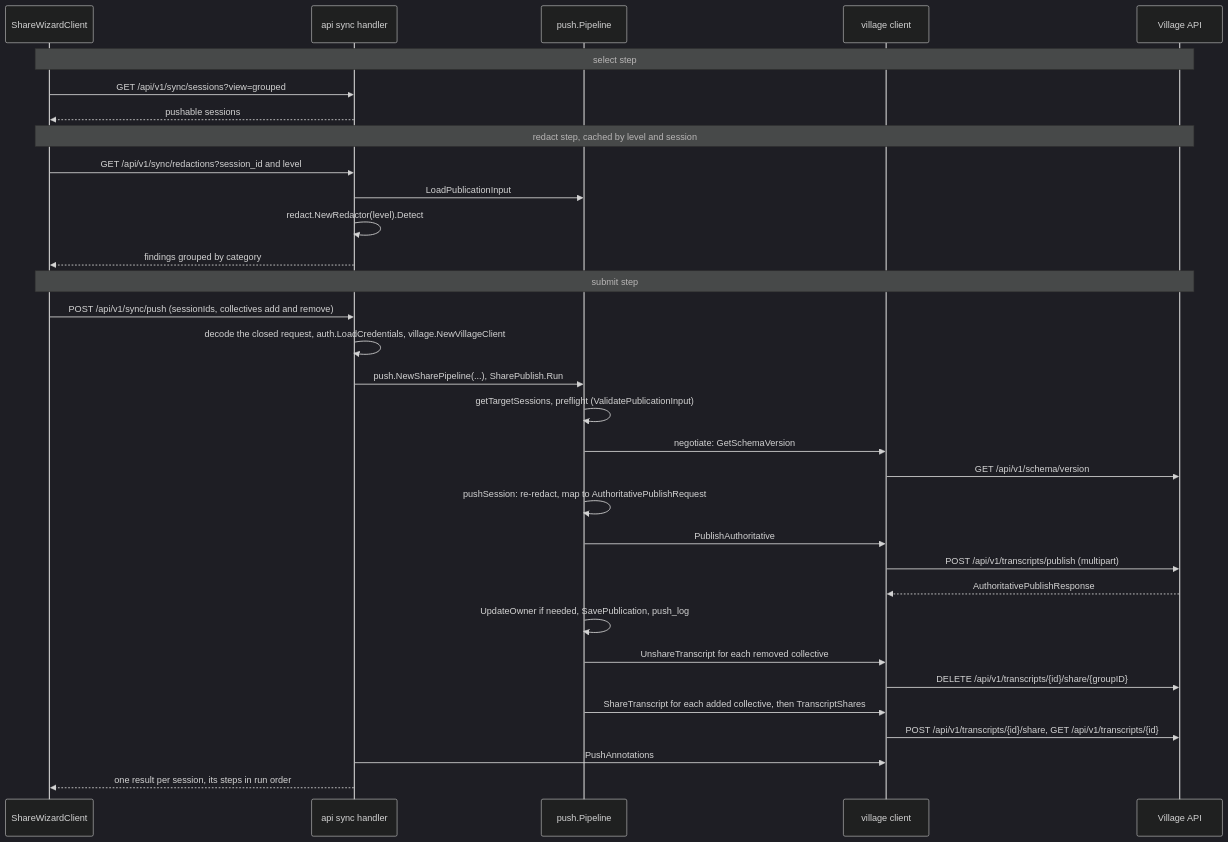
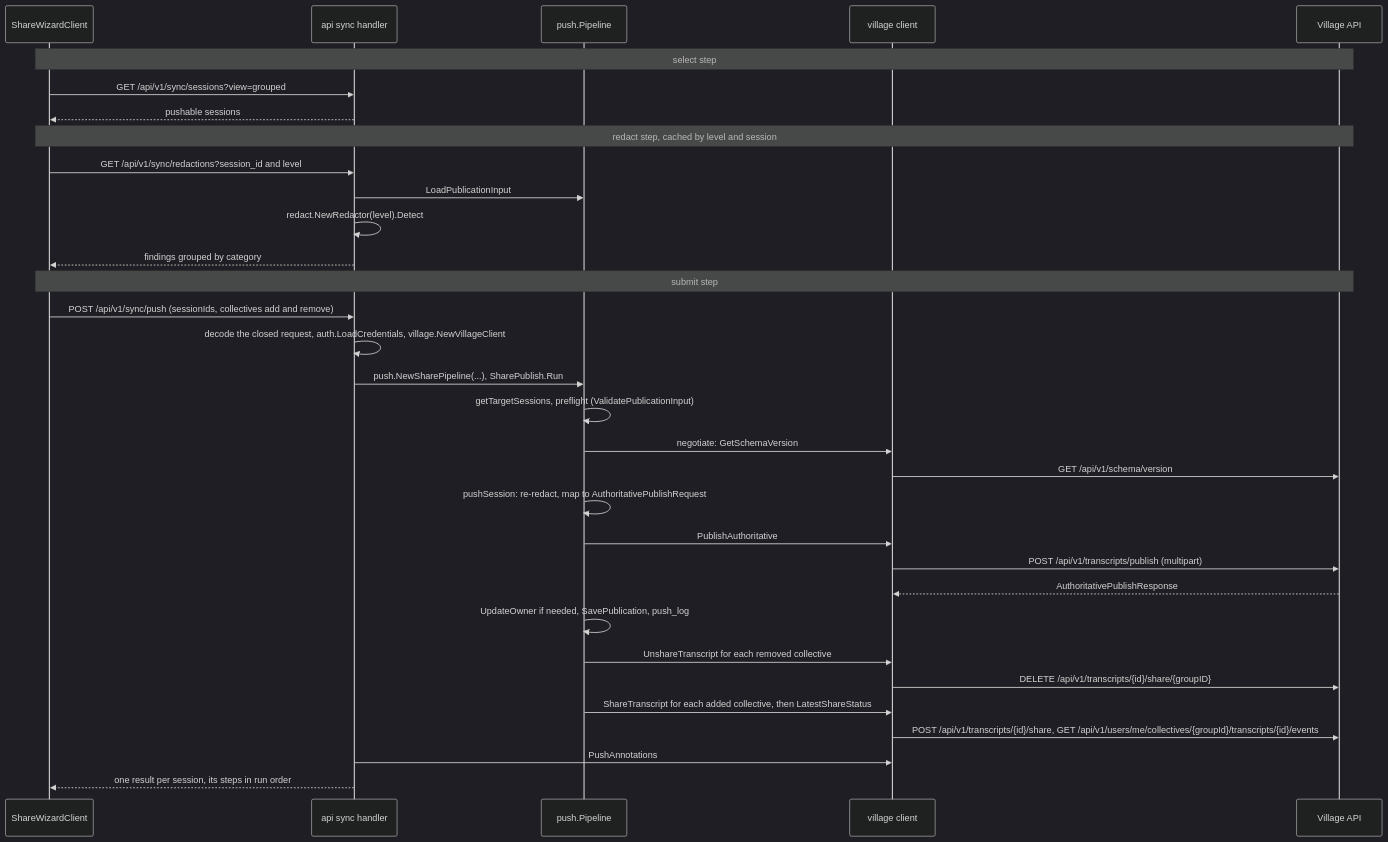
One commit to peasant-labs/peasant changed diagram 15 of 19 in docs/architecture.md. Above: the diagram before and after it, drawn with Mermaid (dark theme). The commit also changed 7 other files, not shown here.

First line of the commit message:
fix: say what Village kept, name a missing transcript, and keep the collective list on a repository read failure

````diff
--- a/docs/architecture.md
+++ b/docs/architecture.md
@@ -571,34 +571,34 @@
 ```mermaid
 sequenceDiagram
   participant wiz as ShareWizardClient
   participant sh as api sync handler
   participant push as push.Pipeline
   participant vc as village client
   participant vapi as Village API
   Note over wiz,vapi: select step
   wiz->>sh: GET /api/v1/sync/sessions?view=grouped
   sh-->>wiz: pushable sessions
   Note over wiz,vapi: redact step, cached by level and session
   wiz->>sh: GET /api/v1/sync/redactions?session_id and level
   sh->>push: LoadPublicationInput
   sh->>sh: redact.NewRedactor(level).Detect
   sh-->>wiz: findings grouped by category
   Note over wiz,vapi: submit step
   wiz->>sh: POST /api/v1/sync/push (sessionIds, collectives add and remove)
   sh->>sh: decode the closed request, auth.LoadCredentials, village.NewVillageClient
   sh->>push: push.NewSharePipeline(...), SharePublish.Run
   push->>push: getTargetSessions, preflight (ValidatePublicationInput)
   push->>vc: negotiate: GetSchemaVersion
   vc->>vapi: GET /api/v1/schema/version
   push->>push: pushSession: re-redact, map to AuthoritativePublishRequest
   push->>vc: PublishAuthoritative
   vc->>vapi: POST /api/v1/transcripts/publish (multipart)
   vapi-->>vc: AuthoritativePublishResponse
   push->>push: UpdateOwner if needed, SavePublication, push_log
   push->>vc: UnshareTranscript for each removed collective
   vc->>vapi: DELETE /api/v1/transcripts/{id}/share/{groupID}
-  push->>vc: ShareTranscript for each added collective, then TranscriptShares
-  vc->>vapi: POST /api/v1/transcripts/{id}/share, GET /api/v1/transcripts/{id}
+  push->>vc: ShareTranscript for each added collective, then LatestShareStatus
+  vc->>vapi: POST /api/v1/transcripts/{id}/share, GET /api/v1/users/me/collectives/{groupId}/transcripts/{id}/events
   sh->>vc: PushAnnotations
   sh-->>wiz: one result per session, its steps in run order
 ```
````
